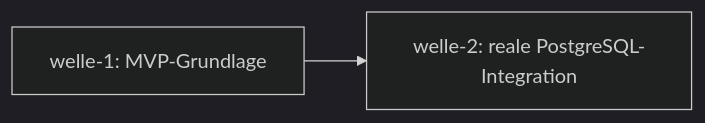
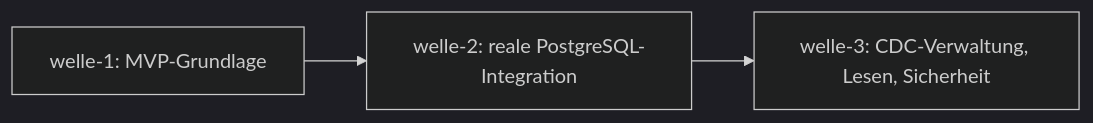
The diagram in docs/plan/planning/in-progress/roadmap.md (pt9912/pg-change-feed), drawn with Mermaid (dark theme) before and after one commit. The commit also changed other lines of this file and 5 other files, not shown here.

First line of the commit message:
docs(planning): welle-3 eroeffnet — CDC-Verwaltung, Lesen, Sicherheit (LH-QA-SEC-001, LH-FA-CFG-001, ADR-0045)

````diff
--- a/docs/plan/planning/in-progress/roadmap.md
+++ b/docs/plan/planning/in-progress/roadmap.md
@@ -80,7 +82,8 @@
 ```mermaid
 flowchart LR
     W1[welle-1: MVP-Grundlage]
     W2[welle-2: reale PostgreSQL-Integration]
+    W3[welle-3: CDC-Verwaltung, Lesen, Sicherheit]
 
-    W1 --> W2
+    W1 --> W2 --> W3
 ```
````
